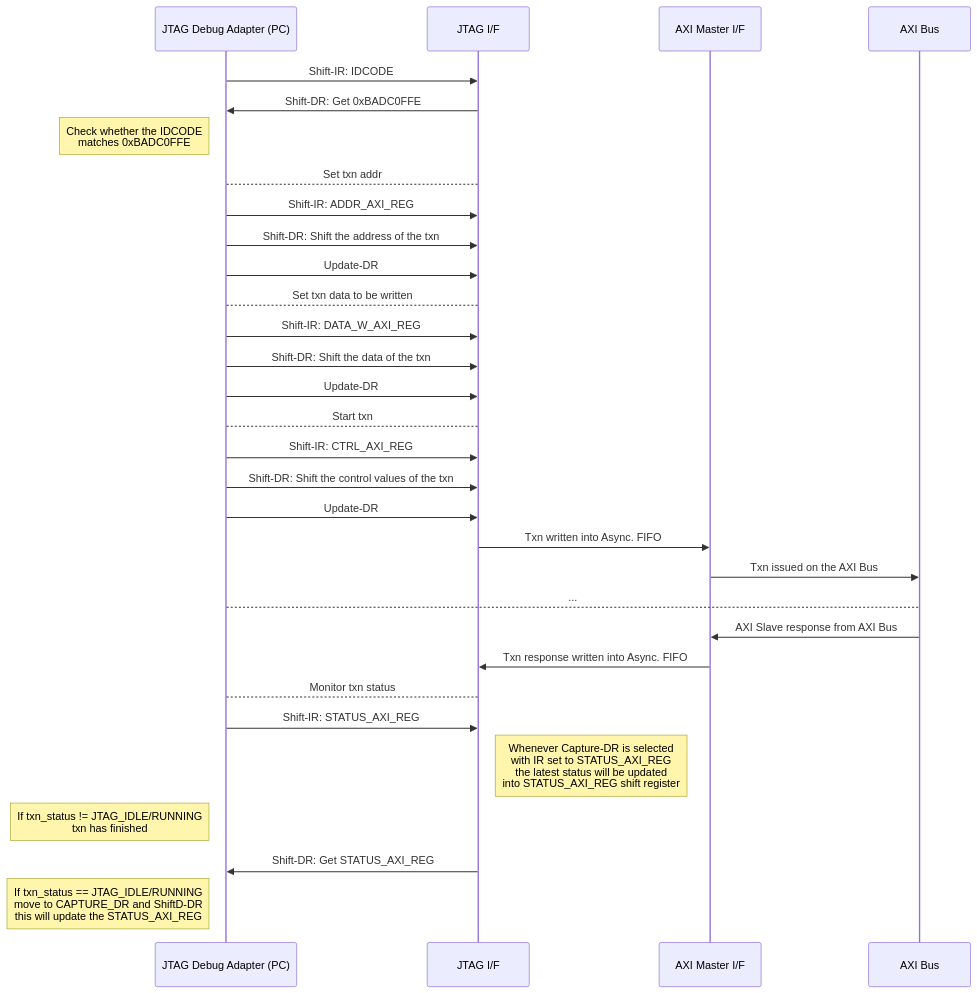
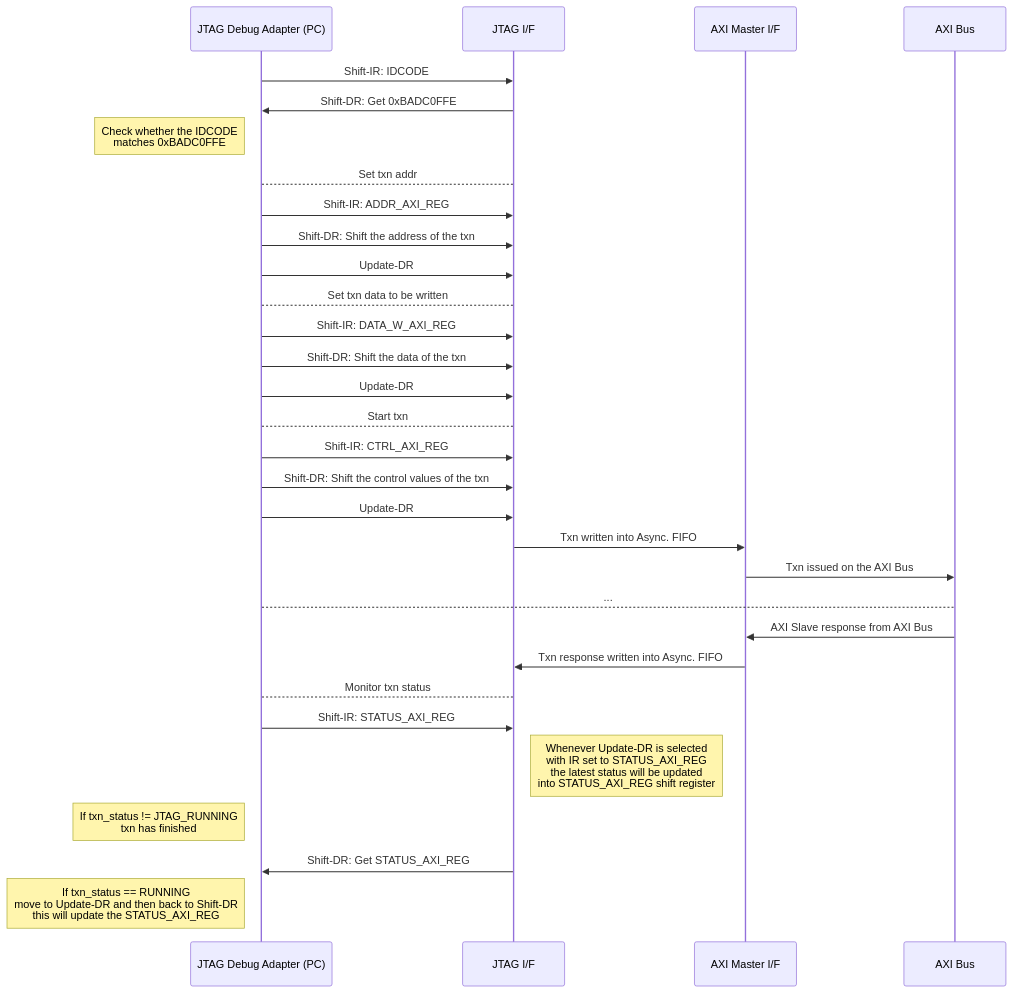
The first of 4 diagrams in README.md (aignacio/jtag_axi), drawn with Mermaid before and after one commit. The commit also changed other lines of this file and 6 other files, not shown here.

````diff
--- a/README.md
+++ b/README.md
@@ -58,32 +66,32 @@
 ```mermaid
 sequenceDiagram
 JTAG Debug Adapter (PC) ->> JTAG I/F: Shift-IR: IDCODE
 JTAG I/F ->> JTAG Debug Adapter (PC): Shift-DR: Get 0xBADC0FFE 
 Note left of JTAG Debug Adapter (PC): Check whether the IDCODE <br/> matches 0xBADC0FFE
 JTAG Debug Adapter (PC) --> JTAG I/F: Set txn addr
 JTAG Debug Adapter (PC) ->> JTAG I/F: Shift-IR: ADDR_AXI_REG
 JTAG Debug Adapter (PC) ->> JTAG I/F: Shift-DR: Shift the address of the txn
 JTAG Debug Adapter (PC) ->> JTAG I/F: Update-DR
 JTAG Debug Adapter (PC) --> JTAG I/F: Set txn data to be written
 JTAG Debug Adapter (PC) ->> JTAG I/F: Shift-IR: DATA_W_AXI_REG
 JTAG Debug Adapter (PC) ->> JTAG I/F: Shift-DR: Shift the data of the txn
 JTAG Debug Adapter (PC) ->> JTAG I/F: Update-DR
 JTAG Debug Adapter (PC) --> JTAG I/F: Start txn
 JTAG Debug Adapter (PC) ->> JTAG I/F: Shift-IR: CTRL_AXI_REG
 JTAG Debug Adapter (PC) ->> JTAG I/F: Shift-DR: Shift the control values of the txn
 JTAG Debug Adapter (PC) ->> JTAG I/F: Update-DR
 
 JTAG I/F ->> AXI Master I/F: Txn written into Async. FIFO
 AXI Master I/F ->> AXI Bus: Txn issued on the AXI Bus
 JTAG Debug Adapter (PC) --> AXI Bus: ...
 AXI Bus ->> AXI Master I/F: AXI Slave response from AXI Bus
 AXI Master I/F ->> JTAG I/F: Txn response written into Async. FIFO
 
 JTAG Debug Adapter (PC) --> JTAG I/F: Monitor txn status
 JTAG Debug Adapter (PC) ->> JTAG I/F: Shift-IR: STATUS_AXI_REG
-Note right of JTAG I/F: Whenever Capture-DR is selected <br/> with IR set to STATUS_AXI_REG <br/> the latest status will be updated <br/> into STATUS_AXI_REG shift register
-Note left of JTAG Debug Adapter (PC): If txn_status != JTAG_IDLE/RUNNING <br/> txn has finished
+Note right of JTAG I/F: Whenever Update-DR is selected <br/> with IR set to STATUS_AXI_REG <br/> the latest status will be updated <br/> into STATUS_AXI_REG shift register
+Note left of JTAG Debug Adapter (PC): If txn_status != JTAG_RUNNING <br/> txn has finished
 JTAG I/F ->> JTAG Debug Adapter (PC): Shift-DR: Get STATUS_AXI_REG
 
-Note left of JTAG Debug Adapter (PC): If txn_status == JTAG_IDLE/RUNNING <br/> move to CAPTURE_DR and ShiftD-DR <br/> this will update the STATUS_AXI_REG
+Note left of JTAG Debug Adapter (PC): If txn_status == RUNNING <br/> move to Update-DR and then back to Shift-DR <br/> this will update the STATUS_AXI_REG
 ```
````
